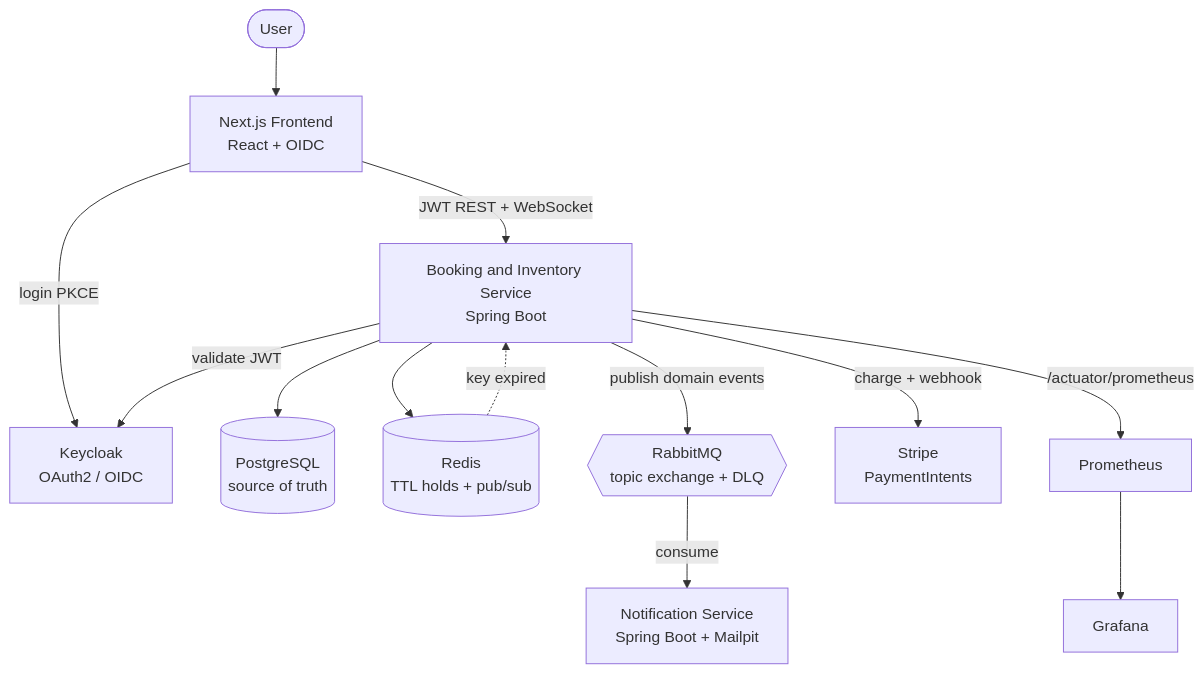
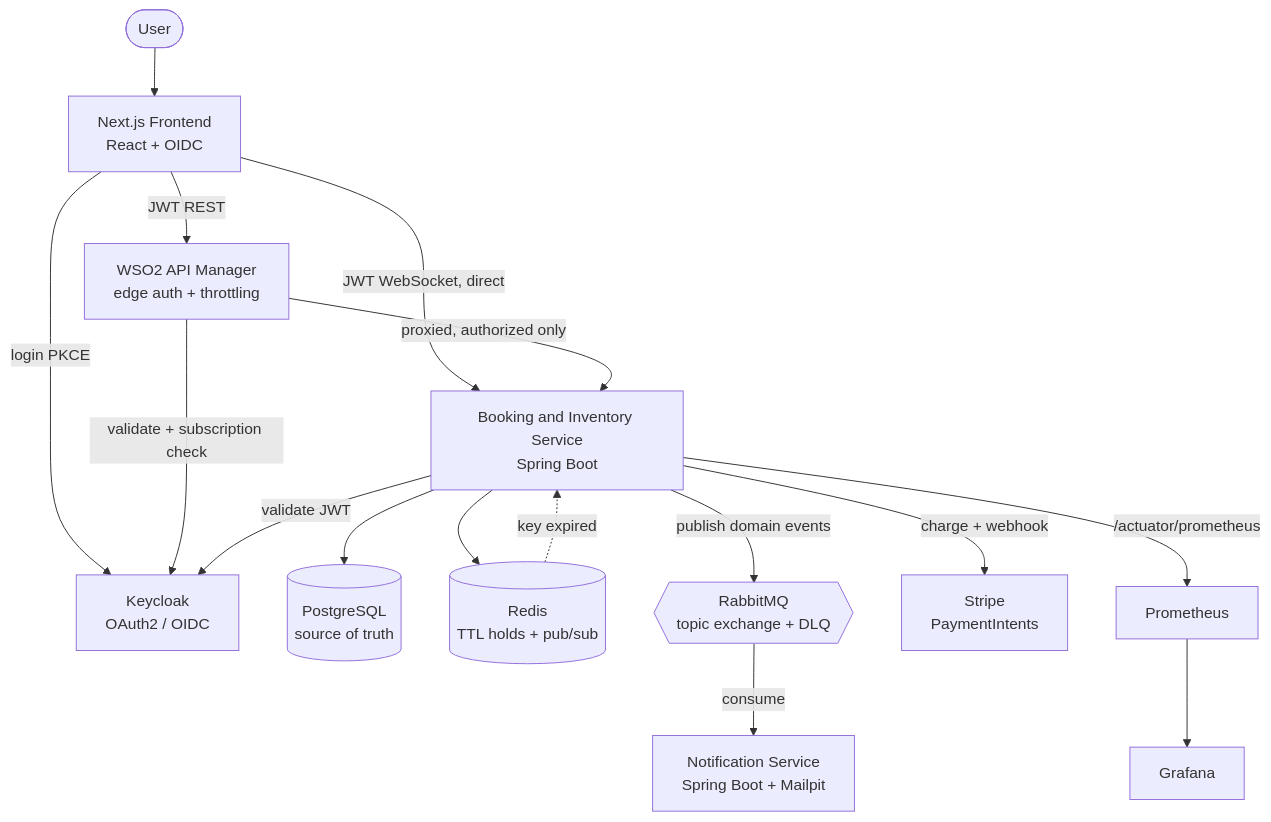
The diagram in README.md (kalanas210/apextick), drawn with Mermaid before and after one commit. The commit also changed other lines of this file, not shown here.

Commit message:
docs(readme): put WSO2 in the architecture diagram and tech stack table
Both predated the gateway work entirely -- the diagram showed the frontend
talking straight to the Booking API with nothing in between, which stopped
being true once WSO2 became the default production path. Now: REST traffic
routes through the gateway (frontend -> WSO2 -> Keycloak for validation,
WSO2 -> API only once authorized), the WebSocket stays direct as documented,
and the tech stack table lists WSO2 alongside the rest of the infrastructure
instead of leaving it only in the dedicated API gateway section further down.

````diff
--- a/README.md
+++ b/README.md
@@ -41,27 +41,31 @@
 ```mermaid
 graph TB
     User([User])
     Next["Next.js Frontend<br/>React + OIDC"]
     KC["Keycloak<br/>OAuth2 / OIDC"]
+    GW["WSO2 API Manager<br/>edge auth + throttling"]
     API["Booking and Inventory Service<br/>Spring Boot"]
     DB[("PostgreSQL<br/>source of truth")]
     Redis[("Redis<br/>TTL holds + pub/sub")]
     MQ{{"RabbitMQ<br/>topic exchange + DLQ"}}
     Notif["Notification Service<br/>Spring Boot + Mailpit"]
     Stripe["Stripe<br/>PaymentIntents"]
     Prom["Prometheus"]
     Graf["Grafana"]
 
     User --> Next
     Next -->|login PKCE| KC
-    Next -->|JWT REST + WebSocket| API
+    Next -->|JWT REST| GW
+    Next -->|JWT WebSocket, direct| API
+    GW -->|validate + subscription check| KC
+    GW -->|proxied, authorized only| API
     API -->|validate JWT| KC
     API --> DB
     API --> Redis
     API -->|charge + webhook| Stripe
     API -->|publish domain events| MQ
     MQ -->|consume| Notif
     Redis -.->|key expired| API
     API -->|/actuator/prometheus| Prom
     Prom --> Graf
 ```
````
